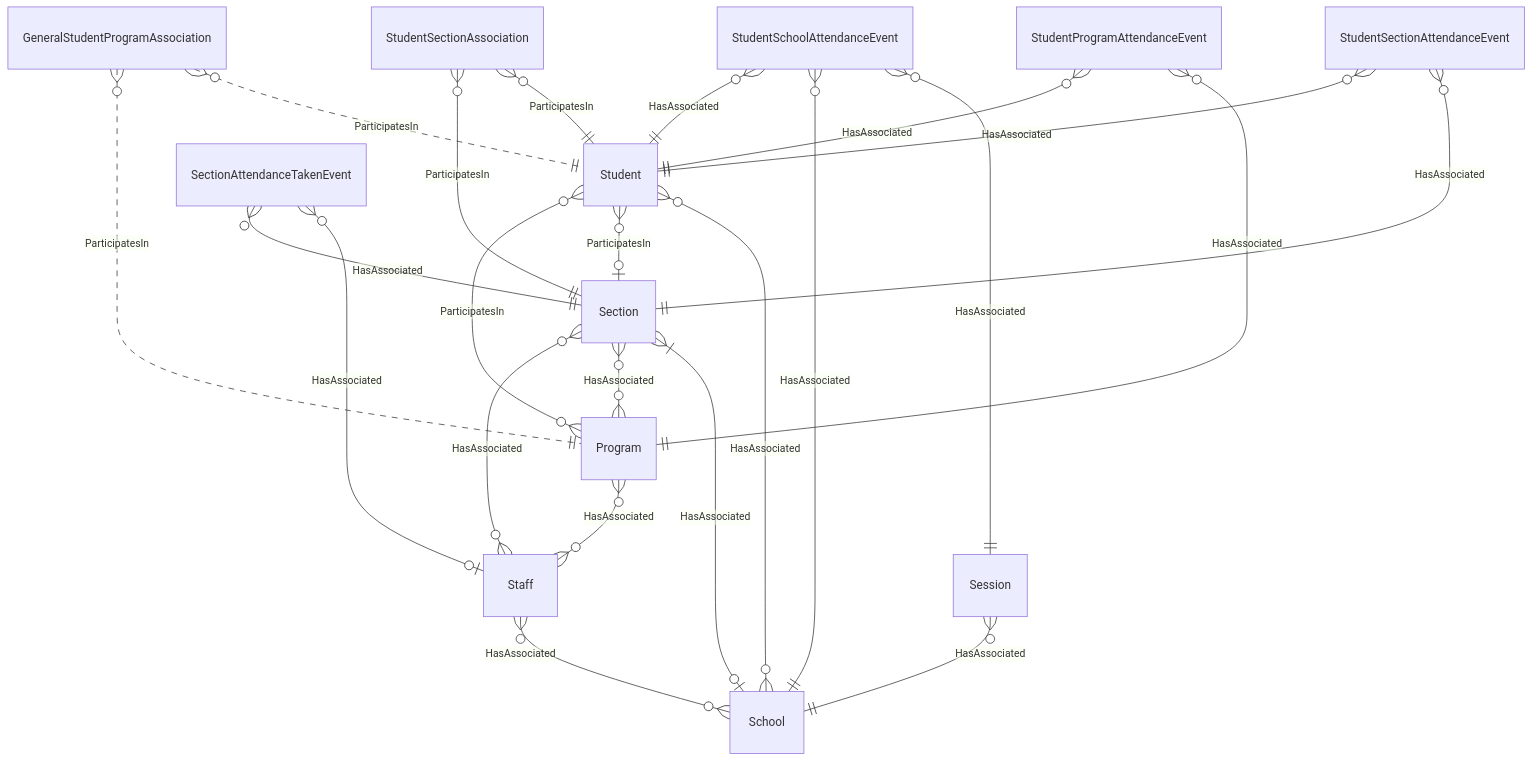
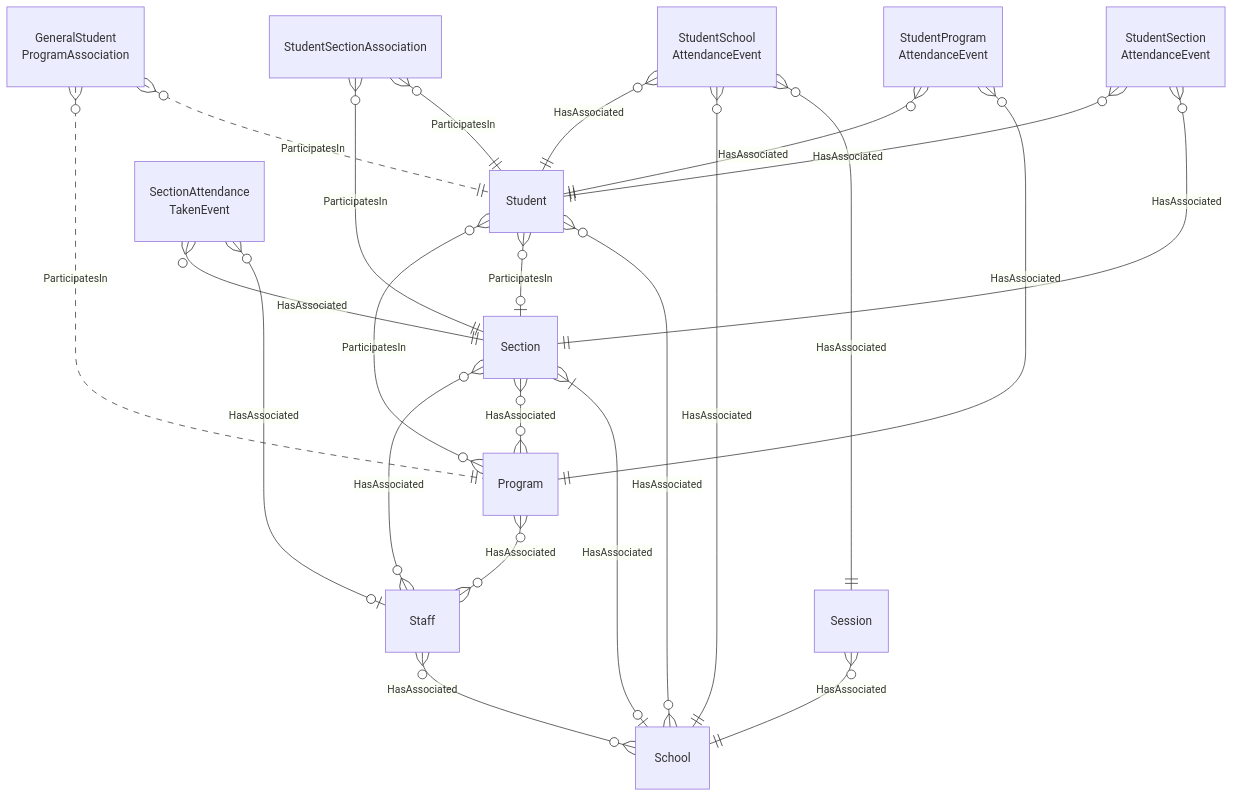
Before and after one commit to Ed-Fi-Alliance-OSS/ed-fi-alliance-oss.github.io: the diagram in dataStandard_versioned_docs/version-6/model-reference/student-attendance-domain/StudentAttendance-simple.mmd, drawn with Mermaid. The commit also changed 20 other files, not shown here.

First line of the commit message:
Added Alternate Label Text and Line Breaks to Simple Diagrams

```diff
--- a/dataStandard_versioned_docs/version-6/model-reference/student-attendance-domain/StudentAttendance-simple.mmd
+++ b/dataStandard_versioned_docs/version-6/model-reference/student-attendance-domain/StudentAttendance-simple.mmd
@@ -1,47 +1,47 @@
 erDiagram
     Student {
     }
-    StudentSchoolAttendanceEvent {
+    StudentSchoolAttendanceEvent["StudentSchool<br/>AttendanceEvent"] {
     }
-    StudentSectionAttendanceEvent {
+    StudentSectionAttendanceEvent["StudentSection<br/>AttendanceEvent"] {
     }
-    StudentProgramAttendanceEvent {
+    StudentProgramAttendanceEvent["StudentProgram<br/>AttendanceEvent"] {
     }
     StudentSectionAssociation {
     }
-    GeneralStudentProgramAssociation {
+    GeneralStudentProgramAssociation["GeneralStudent<br/>ProgramAssociation"] {
     }
-    SectionAttendanceTakenEvent {
+    SectionAttendanceTakenEvent["SectionAttendance<br/>TakenEvent"] {
     }
     Session {
     }
     Section {
     }
     Program {
     }
     School {
     }
     Staff {
     }
     Session }o--|| School : "HasAssociated"
     Section }|--o| School : "HasAssociated"
     Section }o--o{ Program : "HasAssociated"
     SectionAttendanceTakenEvent }o--o| Staff : "HasAssociated"
     SectionAttendanceTakenEvent }o--|| Section : "HasAssociated"
     Staff }o--o{ School : "HasAssociated"
     Staff }o--o{ Section : "HasAssociated"
     Program }o--o{ Staff : "HasAssociated"
     StudentProgramAttendanceEvent }o--|| Program : "HasAssociated"
     StudentProgramAttendanceEvent }o--|| Student : "HasAssociated"
     StudentSchoolAttendanceEvent }o--|| Session : "HasAssociated"
     StudentSchoolAttendanceEvent }o--|| School : "HasAssociated"
     StudentSchoolAttendanceEvent }o--|| Student : "HasAssociated"
     StudentSectionAttendanceEvent }o--|| Section : "HasAssociated"
     StudentSectionAttendanceEvent }o--|| Student : "HasAssociated"
     Student }o--o{ School : "HasAssociated"
     Student }o--o| Section : "ParticipatesIn"
     Student }o--o{ Program : "ParticipatesIn"
     GeneralStudentProgramAssociation }o..|| Student : "ParticipatesIn"
     GeneralStudentProgramAssociation }o..|| Program : "ParticipatesIn"
     StudentSectionAssociation }o--|| Student : "ParticipatesIn"
     StudentSectionAssociation }o--|| Section : "ParticipatesIn"
```
